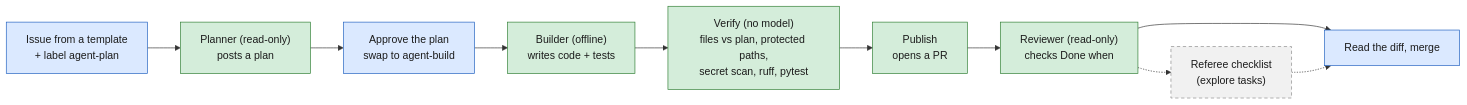
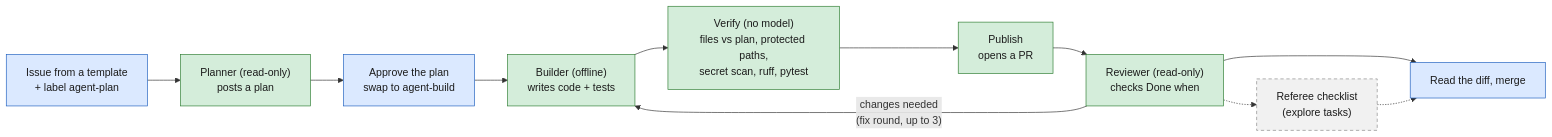
Before and after one commit to gabrielsgaspar/research-terrain: the first of 3 diagrams in README.md, drawn with Mermaid. The commit also changed other lines of this file and 3 other files, not shown here.

````diff
--- a/README.md
+++ b/README.md
@@ -22,18 +22,19 @@
 ```mermaid
 flowchart LR
   classDef human fill:#dbe9ff,stroke:#1f5fbf,color:#1b1b1b
   classDef agent fill:#d4edda,stroke:#2e7d32,color:#1b1b1b
   classDef todo fill:#f1f1f1,stroke:#888,stroke-dasharray:5 4,color:#1b1b1b
 
   I["Issue from a template<br/>+ label agent-plan"]:::human
   P["Planner (read-only)<br/>posts a plan"]:::agent
   A["Approve the plan<br/>swap to agent-build"]:::human
   B["Builder (offline)<br/>writes code + tests"]:::agent
   V["Verify (no model)<br/>files vs plan, protected paths,<br/>secret scan, ruff, pytest"]:::agent
   PR["Publish<br/>opens a PR"]:::agent
   R["Reviewer (read-only)<br/>checks Done when"]:::agent
   M["Read the diff, merge"]:::human
   RF["Referee checklist<br/>(explore tasks)"]:::todo
   I --> P --> A --> B --> V --> PR --> R --> M
+  R -- "changes needed<br/>(fix round, up to 3)" --> B
   R -.-> RF -.-> M
 ```
````
